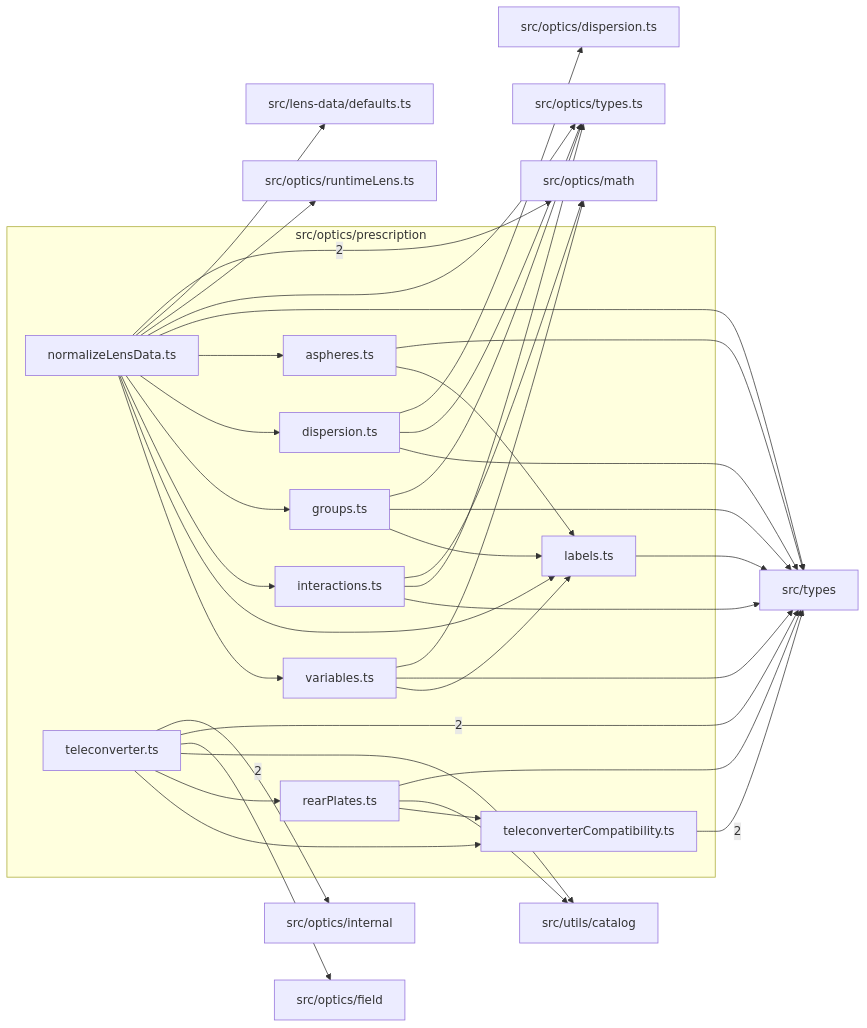
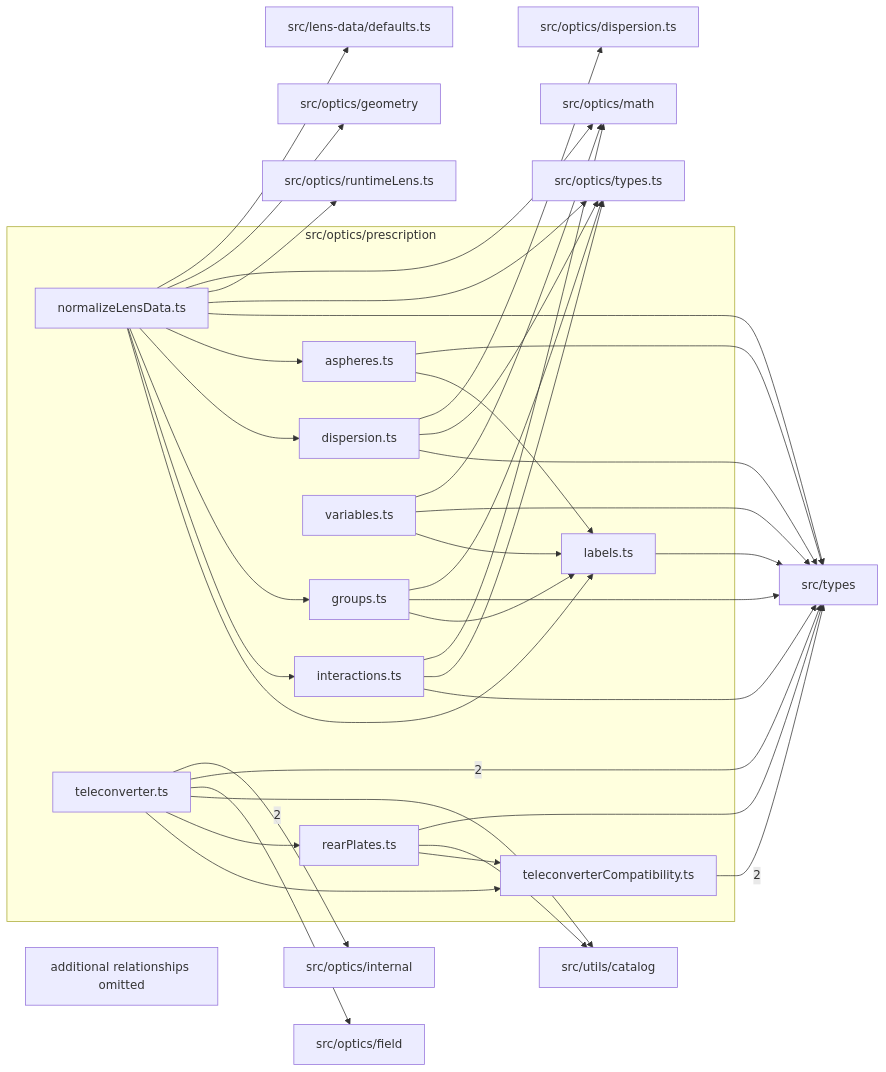
Before and after one commit to ronbuening/LensVisualizer: the diagram in src/optics/prescription/readme.md, drawn with Mermaid. The commit also changed other lines of this file and 34 other files, not shown here.

````diff
--- a/src/optics/prescription/readme.md
+++ b/src/optics/prescription/readme.md
@@ -9,60 +9,62 @@
 ```mermaid
 flowchart LR
   subgraph n_src_optics_prescription["src/optics/prescription"]
     n_src_optics_prescription_src_optics_prescription_aspheres_ts["aspheres.ts"]
     n_src_optics_prescription_src_optics_prescription_dispersion_ts["dispersion.ts"]
     n_src_optics_prescription_src_optics_prescription_groups_ts["groups.ts"]
     n_src_optics_prescription_src_optics_prescription_interactions_ts["interactions.ts"]
     n_src_optics_prescription_src_optics_prescription_labels_ts["labels.ts"]
     n_src_optics_prescription_src_optics_prescription_normalizeLensData_ts["normalizeLensData.ts"]
     n_src_optics_prescription_src_optics_prescription_rearPlates_ts["rearPlates.ts"]
     n_src_optics_prescription_src_optics_prescription_teleconverter_ts["teleconverter.ts"]
     n_src_optics_prescription_src_optics_prescription_teleconverterCompatibility_ts["teleconverterCompatibility.ts"]
     n_src_optics_prescription_src_optics_prescription_variables_ts["variables.ts"]
   end
   n_external_src_optics_internal["src/optics/internal"]
-  n_external_src_optics_math["src/optics/math"]
   n_external_src_types["src/types"]
   n_external_src_lens_data_defaults_ts["src/lens-data/defaults.ts"]
   n_external_src_optics_dispersion_ts["src/optics/dispersion.ts"]
   n_external_src_optics_field["src/optics/field"]
+  n_external_src_optics_geometry["src/optics/geometry"]
+  n_external_src_optics_math["src/optics/math"]
   n_external_src_optics_runtimeLens_ts["src/optics/runtimeLens.ts"]
   n_external_src_optics_types_ts["src/optics/types.ts"]
   n_external_src_utils_catalog["src/utils/catalog"]
   n_src_optics_prescription_src_optics_prescription_teleconverter_ts --> |2| n_external_src_optics_internal
-  n_src_optics_prescription_src_optics_prescription_normalizeLensData_ts --> |2| n_external_src_optics_math
   n_src_optics_prescription_src_optics_prescription_teleconverter_ts --> |2| n_external_src_types
   n_src_optics_prescription_src_optics_prescription_teleconverterCompatibility_ts --> |2| n_external_src_types
   n_src_optics_prescription_src_optics_prescription_normalizeLensData_ts --> n_external_src_lens_data_defaults_ts
   n_src_optics_prescription_src_optics_prescription_dispersion_ts --> n_external_src_optics_dispersion_ts
   n_src_optics_prescription_src_optics_prescription_teleconverter_ts --> n_external_src_optics_field
+  n_src_optics_prescription_src_optics_prescription_normalizeLensData_ts --> n_external_src_optics_geometry
   n_src_optics_prescription_src_optics_prescription_interactions_ts --> n_external_src_optics_math
+  n_src_optics_prescription_src_optics_prescription_normalizeLensData_ts --> n_external_src_optics_math
   n_src_optics_prescription_src_optics_prescription_variables_ts --> n_external_src_optics_math
   n_src_optics_prescription_src_optics_prescription_normalizeLensData_ts --> n_external_src_optics_runtimeLens_ts
   n_src_optics_prescription_src_optics_prescription_dispersion_ts --> n_external_src_optics_types_ts
   n_src_optics_prescription_src_optics_prescription_groups_ts --> n_external_src_optics_types_ts
   n_src_optics_prescription_src_optics_prescription_interactions_ts --> n_external_src_optics_types_ts
   n_src_optics_prescription_src_optics_prescription_normalizeLensData_ts --> n_external_src_optics_types_ts
   n_src_optics_prescription_src_optics_prescription_aspheres_ts --> n_external_src_types
   n_src_optics_prescription_src_optics_prescription_dispersion_ts --> n_external_src_types
   n_src_optics_prescription_src_optics_prescription_groups_ts --> n_external_src_types
   n_src_optics_prescription_src_optics_prescription_interactions_ts --> n_external_src_types
   n_src_optics_prescription_src_optics_prescription_labels_ts --> n_external_src_types
   n_src_optics_prescription_src_optics_prescription_normalizeLensData_ts --> n_external_src_types
   n_src_optics_prescription_src_optics_prescription_rearPlates_ts --> n_external_src_types
   n_src_optics_prescription_src_optics_prescription_variables_ts --> n_external_src_types
   n_src_optics_prescription_src_optics_prescription_rearPlates_ts --> n_external_src_utils_catalog
   n_src_optics_prescription_src_optics_prescription_teleconverter_ts --> n_external_src_utils_catalog
   n_src_optics_prescription_src_optics_prescription_normalizeLensData_ts --> n_src_optics_prescription_src_optics_prescription_aspheres_ts
   n_src_optics_prescription_src_optics_prescription_normalizeLensData_ts --> n_src_optics_prescription_src_optics_prescription_dispersion_ts
   n_src_optics_prescription_src_optics_prescription_normalizeLensData_ts --> n_src_optics_prescription_src_optics_prescription_groups_ts
   n_src_optics_prescription_src_optics_prescription_normalizeLensData_ts --> n_src_optics_prescription_src_optics_prescription_interactions_ts
   n_src_optics_prescription_src_optics_prescription_aspheres_ts --> n_src_optics_prescription_src_optics_prescription_labels_ts
   n_src_optics_prescription_src_optics_prescription_groups_ts --> n_src_optics_prescription_src_optics_prescription_labels_ts
   n_src_optics_prescription_src_optics_prescription_normalizeLensData_ts --> n_src_optics_prescription_src_optics_prescription_labels_ts
   n_src_optics_prescription_src_optics_prescription_variables_ts --> n_src_optics_prescription_src_optics_prescription_labels_ts
   n_src_optics_prescription_src_optics_prescription_teleconverter_ts --> n_src_optics_prescription_src_optics_prescription_rearPlates_ts
   n_src_optics_prescription_src_optics_prescription_rearPlates_ts --> n_src_optics_prescription_src_optics_prescription_teleconverterCompatibility_ts
   n_src_optics_prescription_src_optics_prescription_teleconverter_ts --> n_src_optics_prescription_src_optics_prescription_teleconverterCompatibility_ts
-  n_src_optics_prescription_src_optics_prescription_normalizeLensData_ts --> n_src_optics_prescription_src_optics_prescription_variables_ts
+  n_src_optics_prescription_truncated["additional relationships omitted"]
 ```
````
